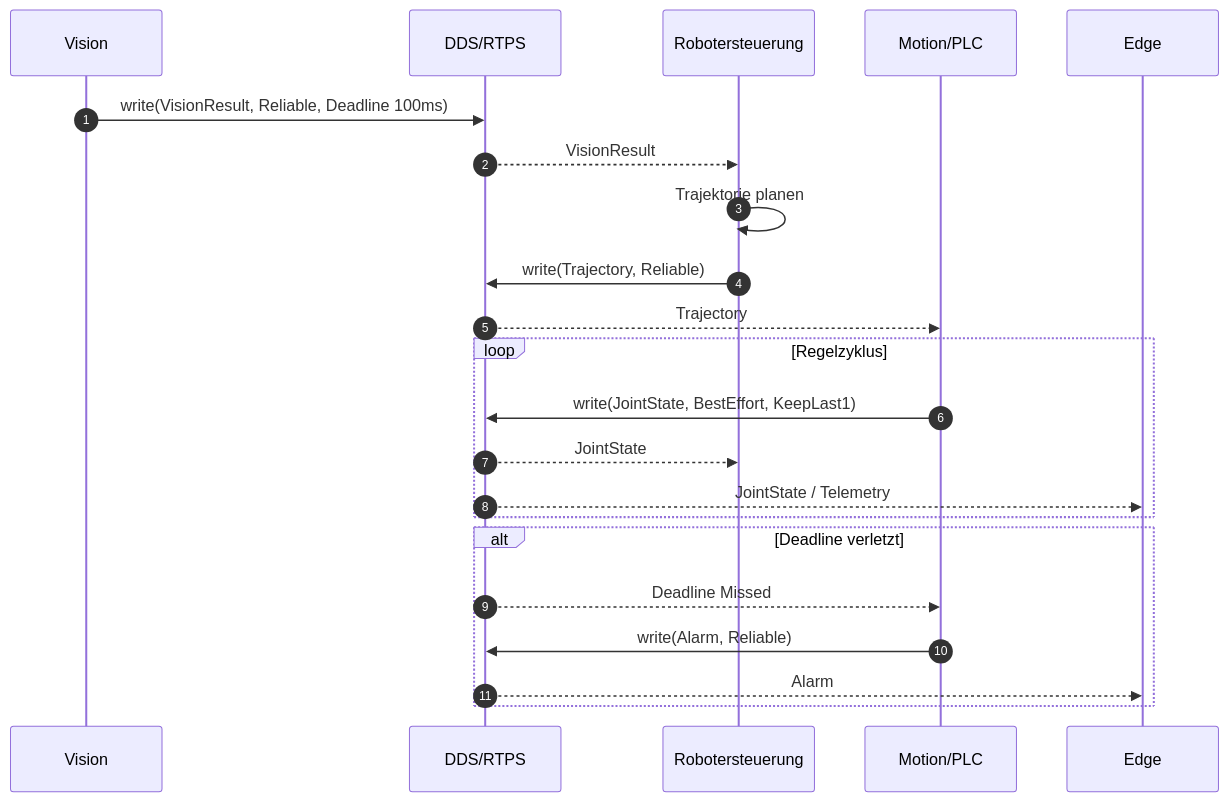
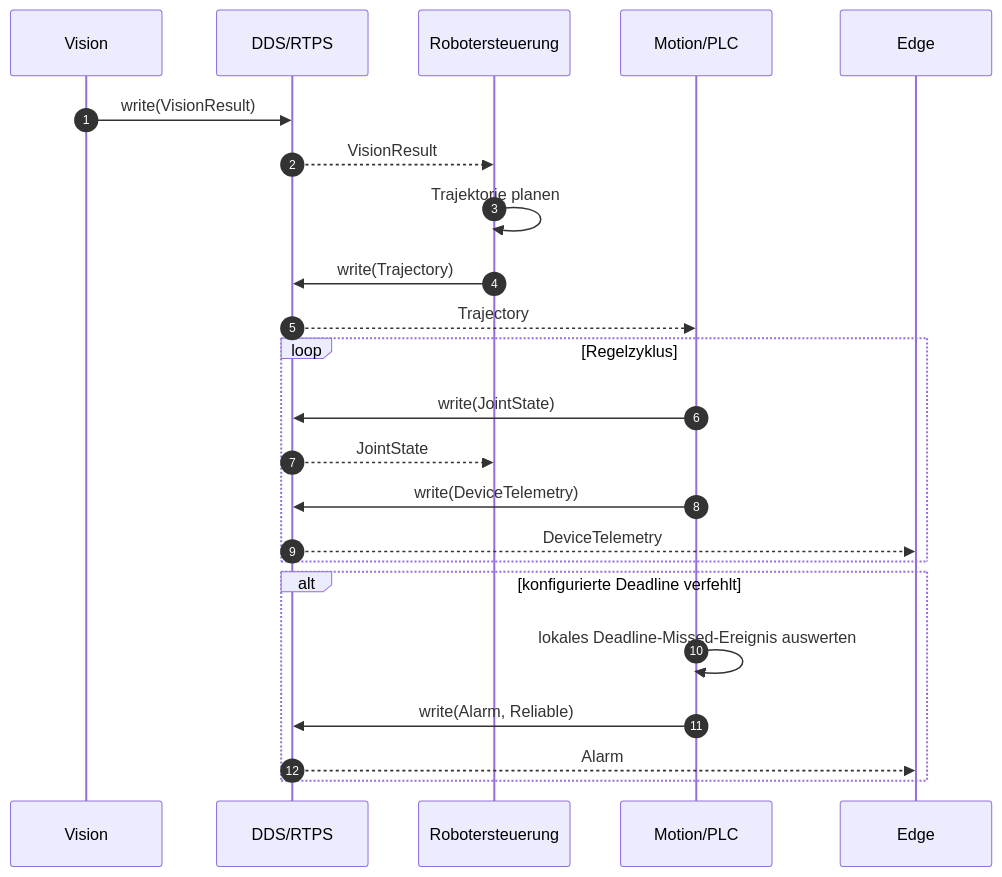
Before and after one commit to CurrentCrafter/Praktikum_DDS: the fourth of 5 diagrams in 03_architektur/Variante_B_Assembly_Zelle_Architektur_v0.1.md, drawn with Mermaid. The commit also changed other lines of this file and 9 other files, not shown here.

````diff
--- a/03_architektur/Variante_B_Assembly_Zelle_Architektur_v0.1.md
+++ b/03_architektur/Variante_B_Assembly_Zelle_Architektur_v0.1.md
@@ -145,27 +149,28 @@
 ```mermaid
 sequenceDiagram
     autonumber
     participant VIS as Vision
     participant DDS as DDS/RTPS
     participant RC as Robotersteuerung
     participant MOT as Motion/PLC
     participant EG as Edge
 
-    VIS->>DDS: write(VisionResult, Reliable, Deadline 100ms)
+    VIS->>DDS: write(VisionResult)
     DDS-->>RC: VisionResult
     RC->>RC: Trajektorie planen
-    RC->>DDS: write(Trajectory, Reliable)
+    RC->>DDS: write(Trajectory)
     DDS-->>MOT: Trajectory
 
     loop Regelzyklus
-        MOT->>DDS: write(JointState, BestEffort, KeepLast1)
+        MOT->>DDS: write(JointState)
         DDS-->>RC: JointState
-        DDS-->>EG: JointState / Telemetry
+        MOT->>DDS: write(DeviceTelemetry)
+        DDS-->>EG: DeviceTelemetry
     end
 
-    alt Deadline verletzt
-        DDS-->>MOT: Deadline Missed
+    alt konfigurierte Deadline verfehlt
+        MOT->>MOT: lokales Deadline-Missed-Ereignis auswerten
         MOT->>DDS: write(Alarm, Reliable)
         DDS-->>EG: Alarm
     end
 ```
````
